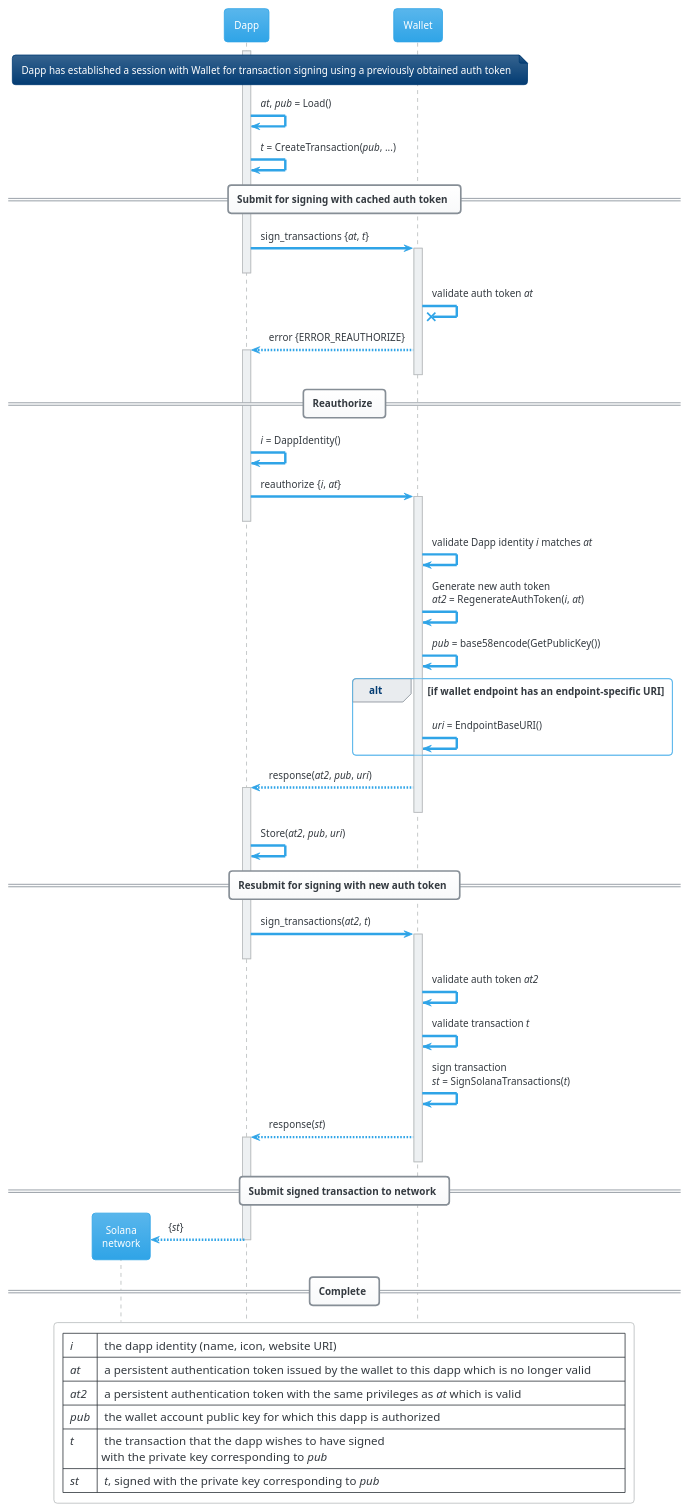
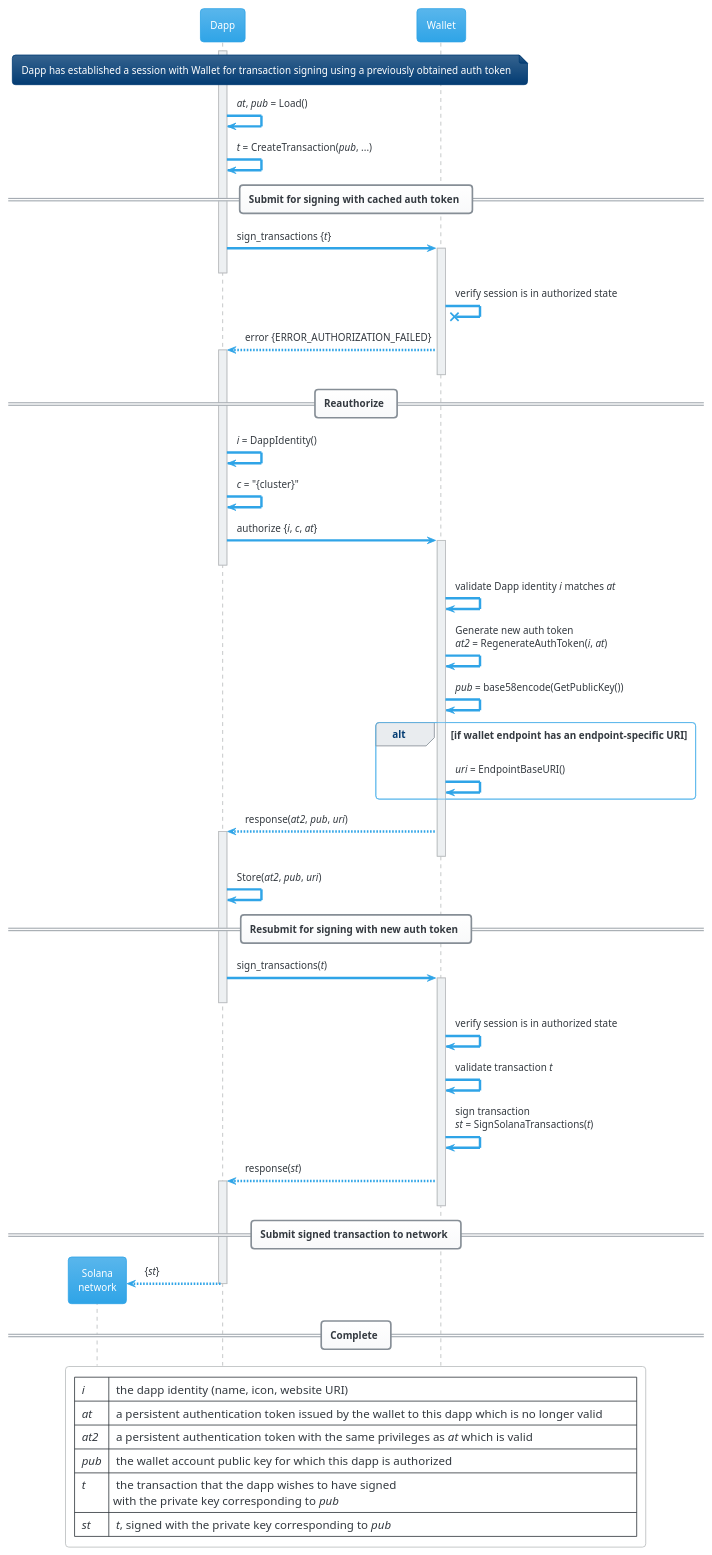
One commit to solana-mobile/mobile-wallet-adapter changed the diagram in spec/_diagrams/reauthorize_and_sign.plantuml. Above: the diagram before and after it, drawn with PlantUML. The commit also changed 2 other files, not shown here.

Commit message:
init, with authorize refactor

```diff
--- a/spec/_diagrams/reauthorize_and_sign.plantuml
+++ b/spec/_diagrams/reauthorize_and_sign.plantuml
@@ -1,62 +1,63 @@
 @startuml
 
 !theme cerulean
 skinparam backgroundColor #FFFFFF
 
 hide footbox
 
 participant Solana as "Solana\nnetwork"
 participant Dapp
 participant Wallet
 
 note across : Dapp has established a session with Wallet for transaction signing using a previously obtained auth token
 
 activate Dapp
 
 Dapp -> Dapp : <i>at</i>, <i>pub</i> = Load()
 Dapp -> Dapp : <i>t</i> = CreateTransaction(<i>pub</i>, ...)
 
 == Submit for signing with cached auth token ==
 
-Dapp -> Wallet ++-- : sign_transactions {<i>at</i>, <i>t</i>}
-Wallet -X Wallet : validate auth token <i>at</i>
-Wallet --> Dapp ++-- : error {ERROR_REAUTHORIZE}
+Dapp -> Wallet ++-- : sign_transactions {<i>t</i>}
+Wallet -X Wallet : verify session is in authorized state
+Wallet --> Dapp ++-- : error {ERROR_AUTHORIZATION_FAILED}
 
 == Reauthorize ==
 
 Dapp -> Dapp : <i>i</i> = DappIdentity()
-Dapp -> Wallet ++-- : reauthorize {<i>i</i>, <i>at</i>}
+Dapp -> Dapp : <i>c</i> = "{cluster}"
+Dapp -> Wallet ++-- : authorize {<i>i</i>, <i>c</i>, <i>at</i>}
 Wallet -> Wallet : validate Dapp identity <i>i</i> matches <i>at</i>
 Wallet -> Wallet : Generate new auth token\n<i>at2</i> = RegenerateAuthToken(<i>i</i>, <i>at</i>)
 Wallet -> Wallet : <i>pub</i> = base58encode(GetPublicKey())
 alt if wallet endpoint has an endpoint-specific URI
     Wallet -> Wallet : <i>uri</i> = EndpointBaseURI() 
 end
 Wallet --> Dapp ++-- : response(<i>at2</i>, <i>pub</i>, <i>uri</i>)
 Dapp -> Dapp : Store(<i>at2</i>, <i>pub</i>, <i>uri</i>)
 
 == Resubmit for signing with new auth token ==
 
-Dapp -> Wallet ++-- : sign_transactions(<i>at2</i>, <i>t</i>)
-Wallet -> Wallet : validate auth token <i>at2</i>
+Dapp -> Wallet ++-- : sign_transactions(<i>t</i>)
+Wallet -> Wallet : verify session is in authorized state
 Wallet -> Wallet : validate transaction <i>t</i>
 Wallet -> Wallet : sign transaction\n<i>st</i> = SignSolanaTransactions(<i>t</i>)
 Wallet --> Dapp ++-- : response(<i>st</i>)
 
 == Submit signed transaction to network ==
 
 create Solana
 Dapp --> Solana -- : {<i>st</i>}
 
 == Complete ==
 
 legend
 | <i>i</i>   | the dapp identity (name, icon, website URI)                                                           |
 | <i>at</i>  | a persistent authentication token issued by the wallet to this dapp which is no longer valid          |
 | <i>at2</i> | a persistent authentication token with the same privileges as <i>at</i> which is valid                |
 | <i>pub</i> | the wallet account public key for which this dapp is authorized                                       |
 | <i>t</i>   | the transaction that the dapp wishes to have signed\nwith the private key corresponding to <i>pub</i> |
 | <i>st</i>  | <i>t</i>, signed with the private key corresponding to <i>pub</i>                                     |
 end legend
 
 @enduml
```
